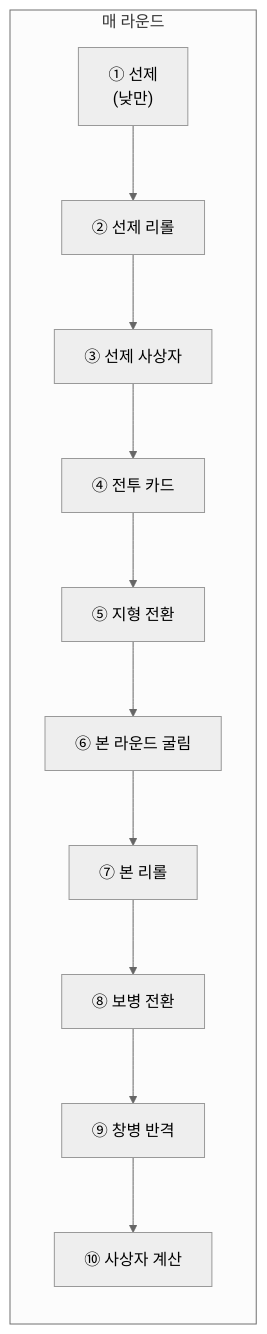
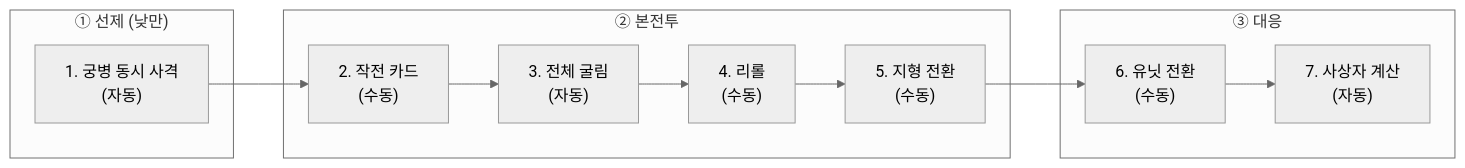
The diagram in 02_전투/구조/전투구조.md (roam1215-beep/Chronicle-wiki), drawn with Mermaid (neutral theme) before and after one commit. The commit also changed other lines of this file and 4 other files, not shown here.

````diff
--- a/02_전투/구조/전투구조.md
+++ b/02_전투/구조/전투구조.md
@@ -67,8 +132,14 @@
 ```mermaid
 flowchart LR
-    subgraph "매 라운드"
-        A["① 선제\n(낮만)"] --> B["② 선제 리롤"] --> C["③ 선제 사상자"]
-        C --> D["④ 전투 카드"] --> E["⑤ 지형 전환"] --> F["⑥ 본 라운드 굴림"]
-        F --> G["⑦ 본 리롤"] --> H["⑧ 보병 전환"] --> I["⑨ 창병 반격"] --> J["⑩ 사상자 계산"]
+    subgraph "① 선제 (낮만)"
+        S1["1. 궁병 동시 사격\n(자동)"]
     end
+    subgraph "② 본전투"
+        S2["2. 작전 카드\n(수동)"] --> S3["3. 전체 굴림\n(자동)"] --> S4["4. 리롤\n(수동)"] --> S5["5. 지형 전환\n(수동)"]
+    end
+    subgraph "③ 대응"
+        S6["6. 유닛 전환\n(수동)"] --> S7["7. 사상자 계산\n(자동)"]
+    end
+    S1 --> S2
+    S5 --> S6
 ```
````
